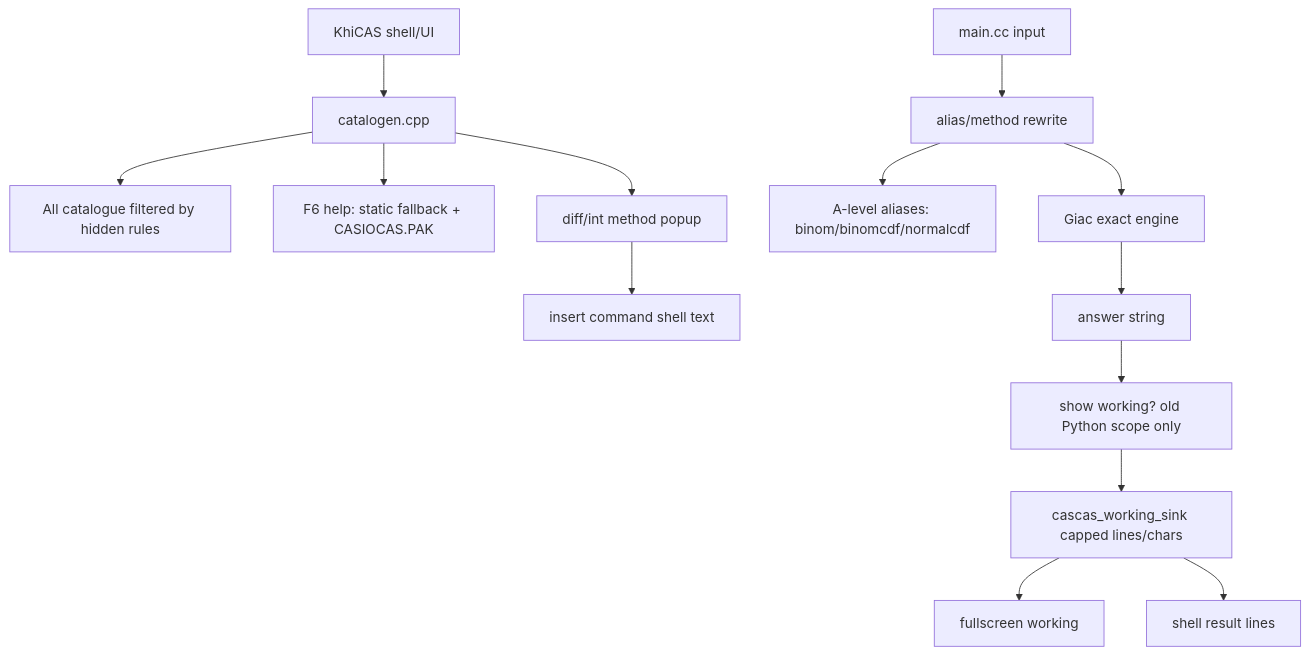
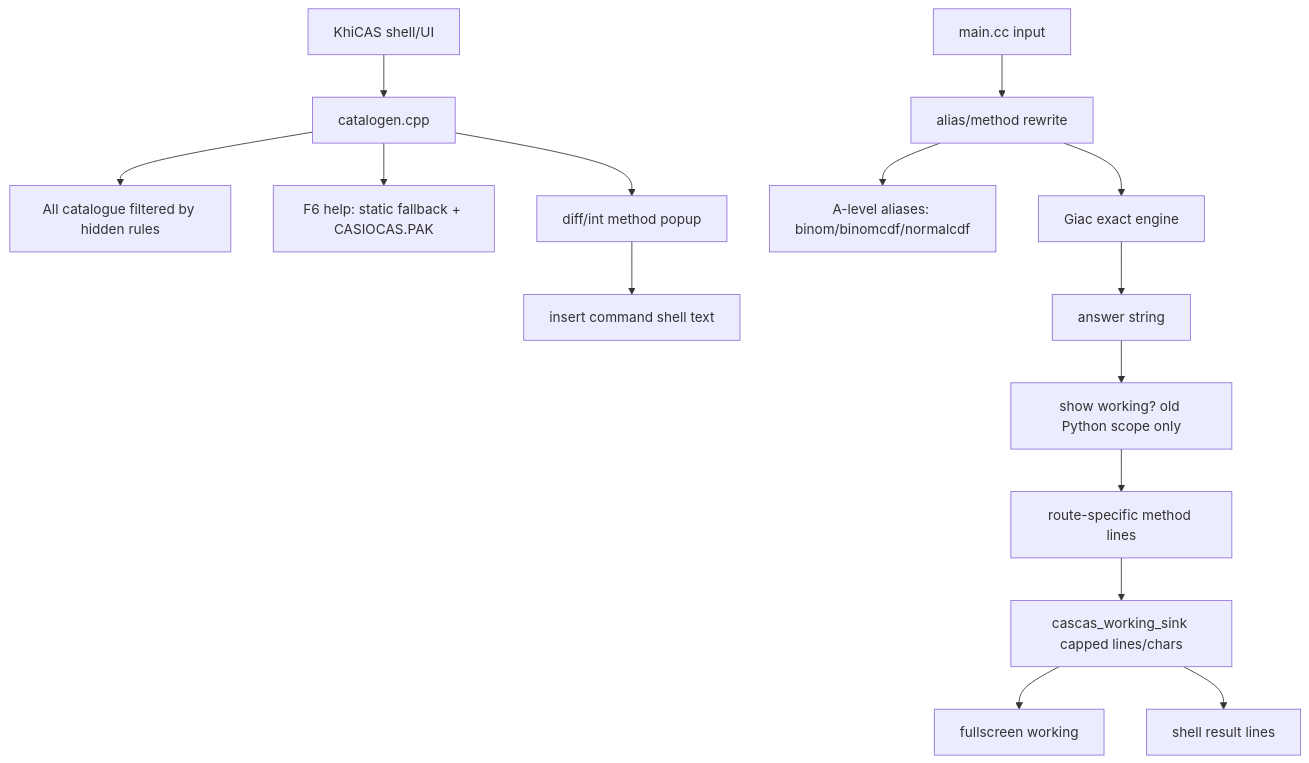
One commit to james8464/notes-addin-casio-fx-cg50 changed the second of 10 diagrams in c++/GRAPH.md. Above: the diagram before and after it, drawn with Mermaid. The commit also changed other lines of this file and 5 other files, not shown here.

````diff
--- a/c++/GRAPH.md
+++ b/c++/GRAPH.md
@@ -46,17 +46,18 @@
 ```mermaid
 graph TD
   UI["KhiCAS shell/UI"] --> Cat["catalogen.cpp"]
   Cat --> All["All catalogue filtered by hidden rules"]
   Cat --> Help["F6 help: static fallback + CASIOCAS.PAK"]
   Cat --> Method["diff/int method popup"]
   Method --> Insert["insert command shell text"]
 
   Shell["main.cc input"] --> Rewrite["alias/method rewrite"]
   Rewrite --> Dist["A-level aliases: binom/binomcdf/normalcdf"]
   Rewrite --> Giac["Giac exact engine"]
   Giac --> Ans["answer string"]
   Ans --> Gate["show working? old Python scope only"]
-  Gate --> Sink["cascas_working_sink capped lines/chars"]
+  Gate --> Route["route-specific method lines"]
+  Route --> Sink["cascas_working_sink capped lines/chars"]
   Sink --> WorkScreen["fullscreen working"]
   Sink --> History["shell result lines"]
 ```
````
